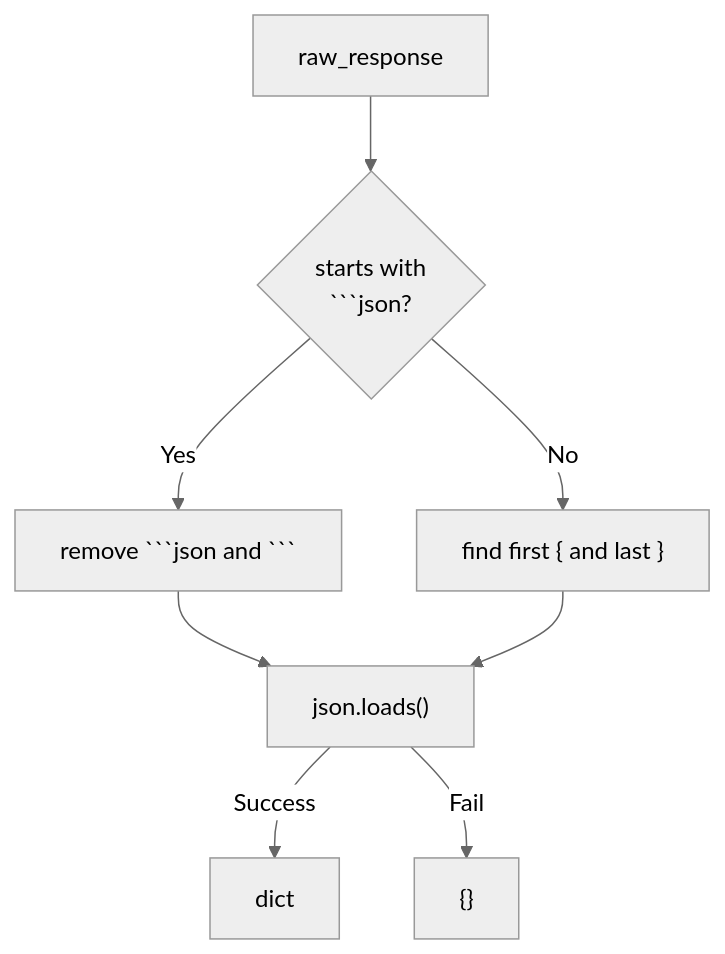
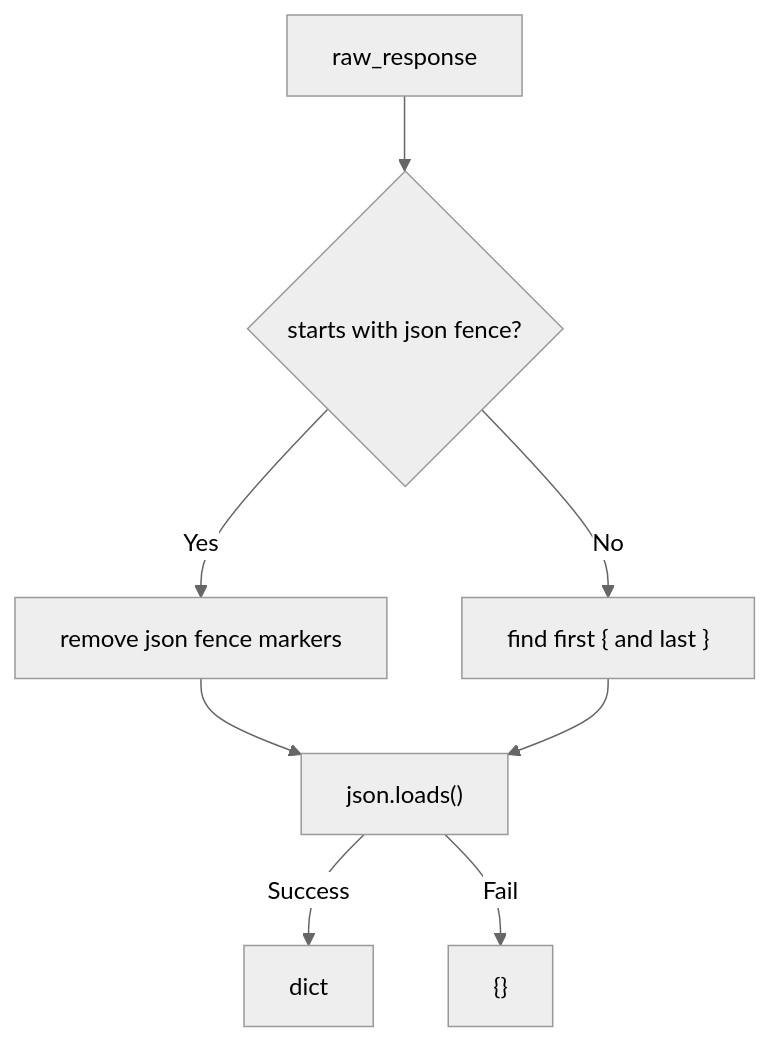
Before and after one commit to tashifkhan/tashif.codes: the ninth of 10 diagrams in src/data/docs/talentsync/AI_ML Integration/LangChain Integration.md, drawn with Mermaid (neutral theme). The commit also changed other lines of this file and 88 other files, not shown here.

````diff
--- a/src/data/docs/talentsync/AI_ML Integration/LangChain Integration.md
+++ b/src/data/docs/talentsync/AI_ML Integration/LangChain Integration.md
@@ -363,11 +220,10 @@
 ```mermaid
 flowchart TD
-Raw["raw_response"] --> CheckFence{"starts with
-```json?"}
-  CheckFence -->|Yes| Strip["remove ```json and ```"]
+Raw["raw_response"] --> CheckFence{"starts with json fence?"}
+  CheckFence -->|Yes| Strip["remove json fence markers"]
   CheckFence -->|No| FindBraces["find first { and last }"]
   Strip --> TryParse["json.loads()"]
   FindBraces --> TryParse
   TryParse -->|Success| Return["dict"]
   TryParse -->|Fail| ReturnEmpty["{}"]
 ```
````
